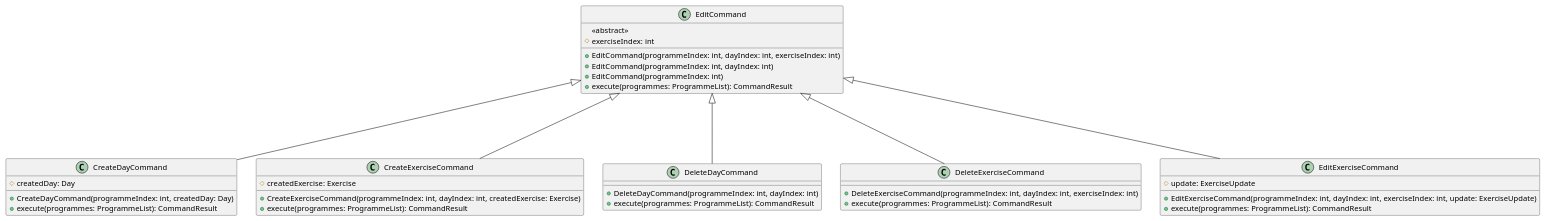
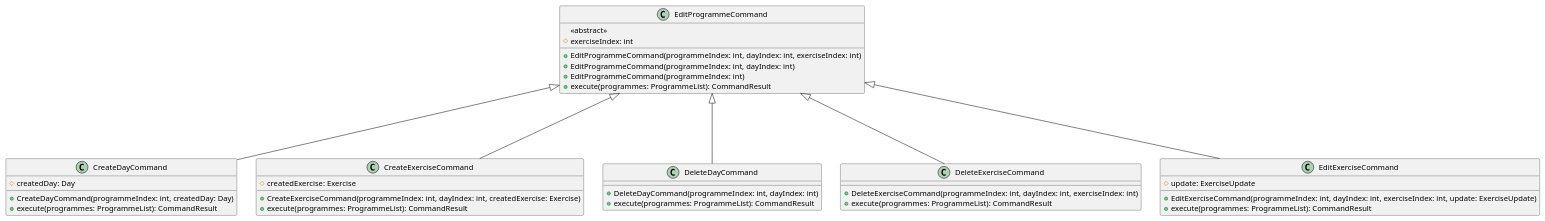
Before and after one commit to nus-cs2113-AY2425S1/tp: the diagram in docs/diagrams/editCommandSummary.puml, drawn with PlantUML. The commit also changed 13 other files, not shown here.

Commit message:
Fix DG diagrams

```diff
--- a/docs/diagrams/editCommandSummary.puml
+++ b/docs/diagrams/editCommandSummary.puml
@@ -1,41 +1,41 @@
 @startuml
-    class EditCommand {
+    class EditProgrammeCommand {
         <<abstract>>
         #exerciseIndex: int
-        +EditCommand(programmeIndex: int, dayIndex: int, exerciseIndex: int)
-        +EditCommand(programmeIndex: int, dayIndex: int)
-        +EditCommand(programmeIndex: int)
+        +EditProgrammeCommand(programmeIndex: int, dayIndex: int, exerciseIndex: int)
+        +EditProgrammeCommand(programmeIndex: int, dayIndex: int)
+        +EditProgrammeCommand(programmeIndex: int)
         +execute(programmes: ProgrammeList): CommandResult
     }
 
     class CreateDayCommand {
         # createdDay: Day
         + CreateDayCommand(programmeIndex: int, createdDay: Day)
         +execute(programmes: ProgrammeList): CommandResult
     }
     class CreateExerciseCommand {
         # createdExercise: Exercise
         + CreateExerciseCommand(programmeIndex: int, dayIndex: int, createdExercise: Exercise)
         + execute(programmes: ProgrammeList): CommandResult
     }
     class DeleteDayCommand {
         + DeleteDayCommand(programmeIndex: int, dayIndex: int)
         + execute(programmes: ProgrammeList): CommandResult
     }
     class DeleteExerciseCommand {
         + DeleteExerciseCommand(programmeIndex: int, dayIndex: int, exerciseIndex: int)
         + execute(programmes: ProgrammeList): CommandResult
     }
     class EditExerciseCommand {
         # update: ExerciseUpdate
         + EditExerciseCommand(programmeIndex: int, dayIndex: int, exerciseIndex: int, update: ExerciseUpdate)
         + execute(programmes: ProgrammeList): CommandResult
     }
 
-    EditCommand <|--- CreateDayCommand
-    EditCommand <|--- CreateExerciseCommand
-    EditCommand <|--- DeleteDayCommand
-    EditCommand <|--- DeleteExerciseCommand
-    EditCommand <|--- EditExerciseCommand
+    EditProgrammeCommand <|--- CreateDayCommand
+    EditProgrammeCommand <|--- CreateExerciseCommand
+    EditProgrammeCommand <|--- DeleteDayCommand
+    EditProgrammeCommand <|--- DeleteExerciseCommand
+    EditProgrammeCommand <|--- EditExerciseCommand
 
 @enduml
```
